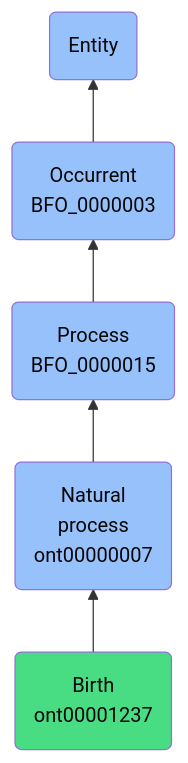
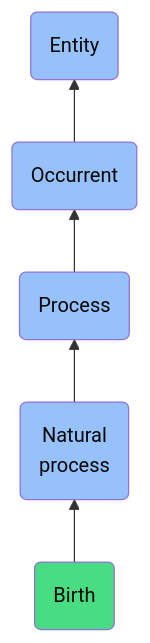
Before and after one commit to jupyter-naas/abi: the diagram in docs/ontology/reference/model/Entity/Occurrent/Process/Natural process/Birth/Birth.md, drawn with Mermaid. The commit also changed other lines of this file and 1430 other files, not shown here.

````diff
--- a/docs/ontology/reference/model/Entity/Occurrent/Process/Natural process/Birth/Birth.md
+++ b/docs/ontology/reference/model/Entity/Occurrent/Process/Natural process/Birth/Birth.md
@@ -24,12 +24,12 @@
 ```mermaid
 graph BT
-    ont00001237(Birth<br>ont00001237):::ABI-->ont00000007
-    ont00000007(Natural<br>process<br>ont00000007):::BFO-->BFO_0000015
-    BFO_0000015(Process<br>BFO_0000015):::BFO-->BFO_0000003
-    BFO_0000003(Occurrent<br>BFO_0000003):::BFO-->BFO_0000001
+    ont00001237(Birth):::ABI-->ont00000007
+    ont00000007(Natural<br>process):::BFO-->BFO_0000015
+    BFO_0000015(Process):::BFO-->BFO_0000003
+    BFO_0000003(Occurrent):::BFO-->BFO_0000001
     BFO_0000001(Entity):::BFO
     
     classDef BFO fill:#97c1fb,color:#060606
     classDef CCO fill:#e4c51e,color:#060606
     classDef ABI fill:#48DD82,color:#060606
 ```
````
